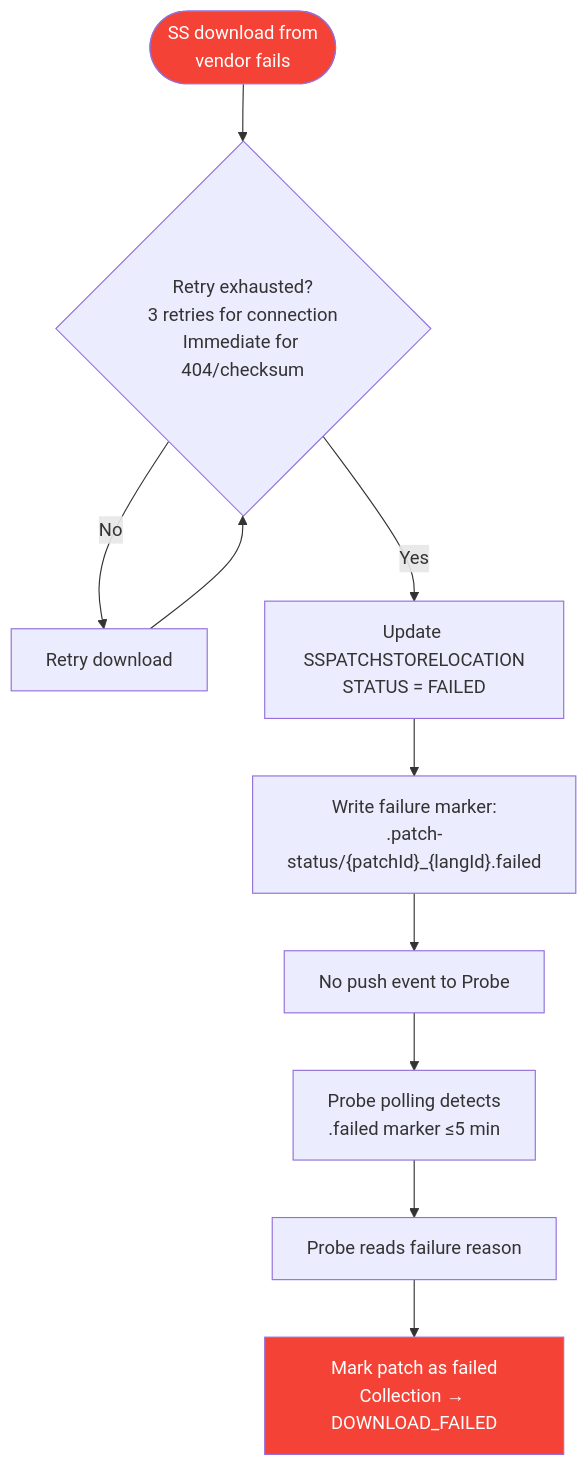
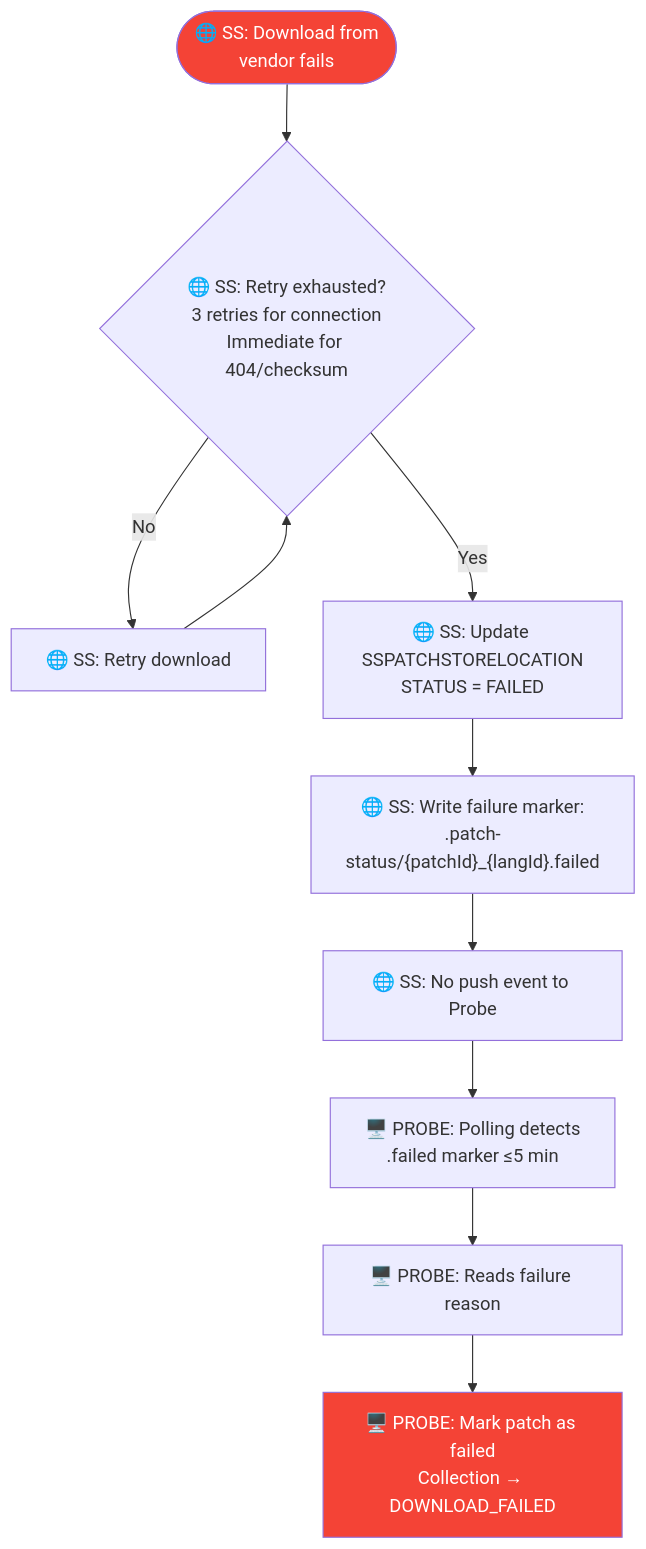
Before and after one commit to ranjithkumar-a-23525/RebaseEx: the fifth of 29 diagrams in use-case-diagrams.md, drawn with Mermaid. The commit also changed other lines of this file, not shown here.

````diff
--- a/use-case-diagrams.md
+++ b/use-case-diagrams.md
@@ -105,15 +105,15 @@
 ```mermaid
 flowchart TD
-    A([SS download from<br/>vendor fails]) --> B{Retry exhausted?<br/>3 retries for connection<br/>Immediate for 404/checksum}
-    B -->|No| C[Retry download]
+    A(["🌐 SS: Download from<br/>vendor fails"]) --> B{"🌐 SS: Retry exhausted?<br/>3 retries for connection<br/>Immediate for 404/checksum"}
+    B -->|No| C["🌐 SS: Retry download"]
     C --> B
-    B -->|Yes| D[Update SSPATCHSTORELOCATION<br/>STATUS = FAILED]
-    D --> E["Write failure marker:<br/>.patch-status/{patchId}_{langId}.failed"]
-    E --> F[No push event to Probe]
-    F --> G[Probe polling detects<br/>.failed marker ≤5 min]
-    G --> H[Probe reads failure reason]
-    H --> I[Mark patch as failed<br/>Collection → DOWNLOAD_FAILED]
+    B -->|Yes| D["🌐 SS: Update SSPATCHSTORELOCATION<br/>STATUS = FAILED"]
+    D --> E["🌐 SS: Write failure marker:<br/>.patch-status/{patchId}_{langId}.failed"]
+    E --> F["🌐 SS: No push event to Probe"]
+    F --> G["🖥️ PROBE: Polling detects<br/>.failed marker ≤5 min"]
+    G --> H["🖥️ PROBE: Reads failure reason"]
+    H --> I["🖥️ PROBE: Mark patch as failed<br/>Collection → DOWNLOAD_FAILED"]
 
     style A fill:#f44336,color:#fff
     style I fill:#f44336,color:#fff
 ```
````
